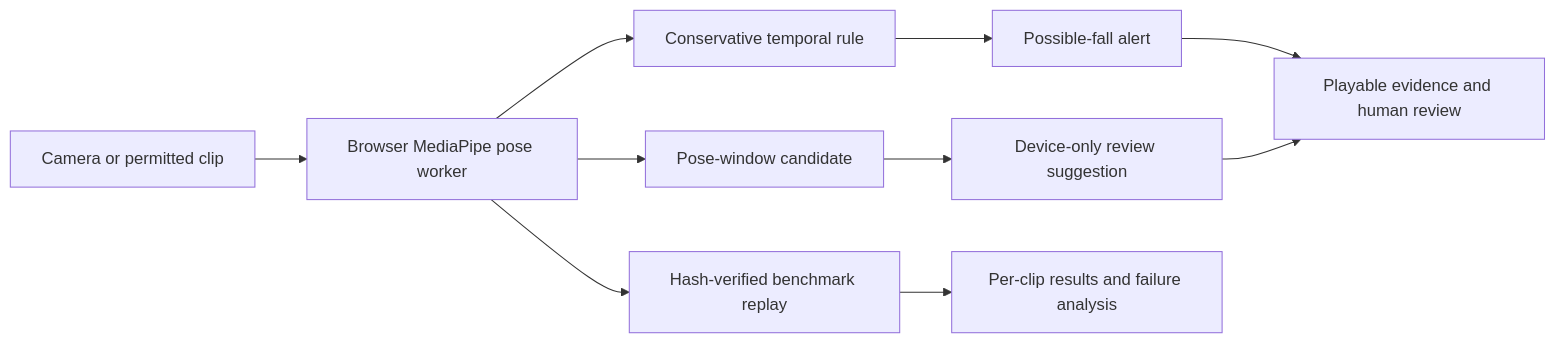
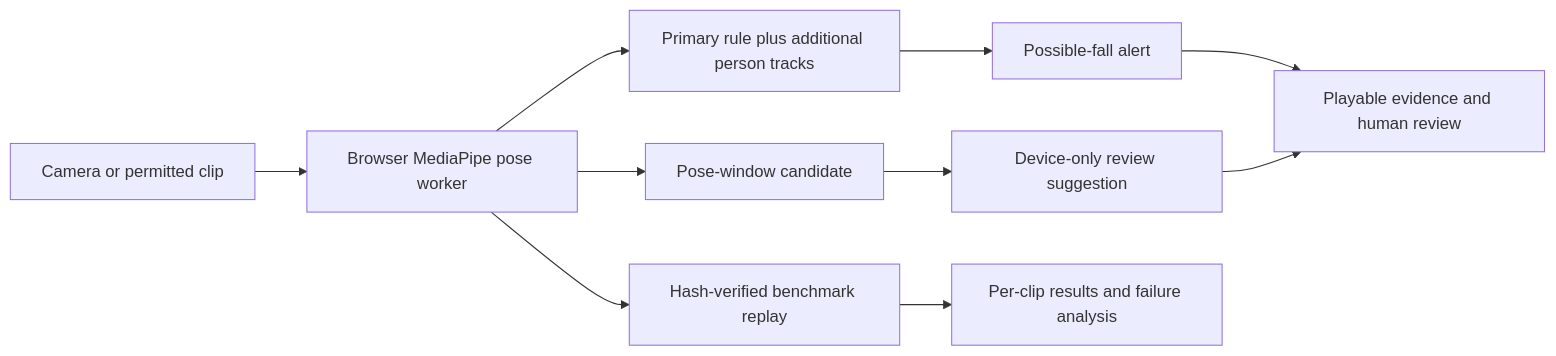
One commit to Wasseem10/artae-vision changed the diagram in docs/portfolio-fall-detection.md. Above: the diagram before and after it, drawn with Mermaid. The commit also changed other lines of this file and 15 other files, not shown here.

````diff
--- a/docs/portfolio-fall-detection.md
+++ b/docs/portfolio-fall-detection.md
@@ -25,12 +25,12 @@
 ```mermaid
 flowchart LR
     A[Camera or permitted clip] --> B[Browser MediaPipe pose worker]
-    B --> C[Conservative temporal rule]
+    B --> C[Primary rule plus additional person tracks]
     C --> D[Possible-fall alert]
     D --> E[Playable evidence and human review]
     B --> H[Pose-window candidate]
     H --> I[Device-only review suggestion]
     I --> E
     B --> F[Hash-verified benchmark replay]
     F --> G[Per-clip results and failure analysis]
 ```
````
